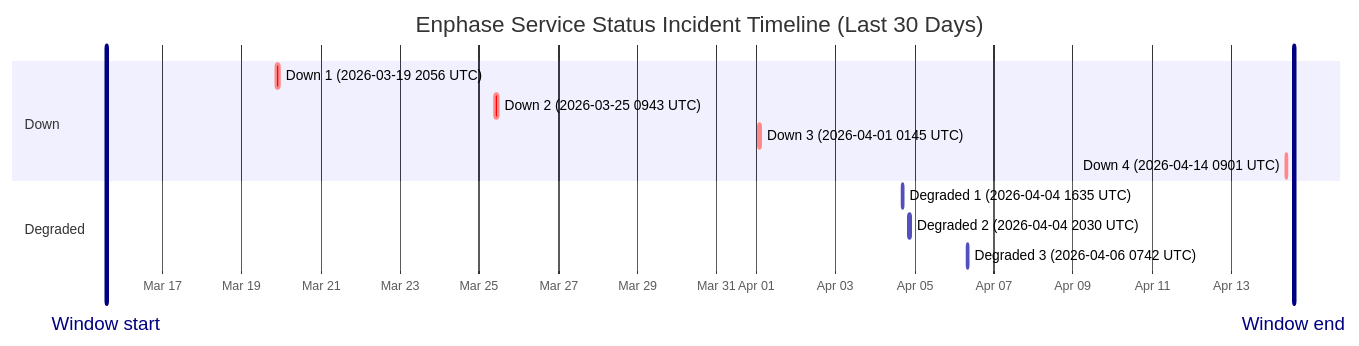
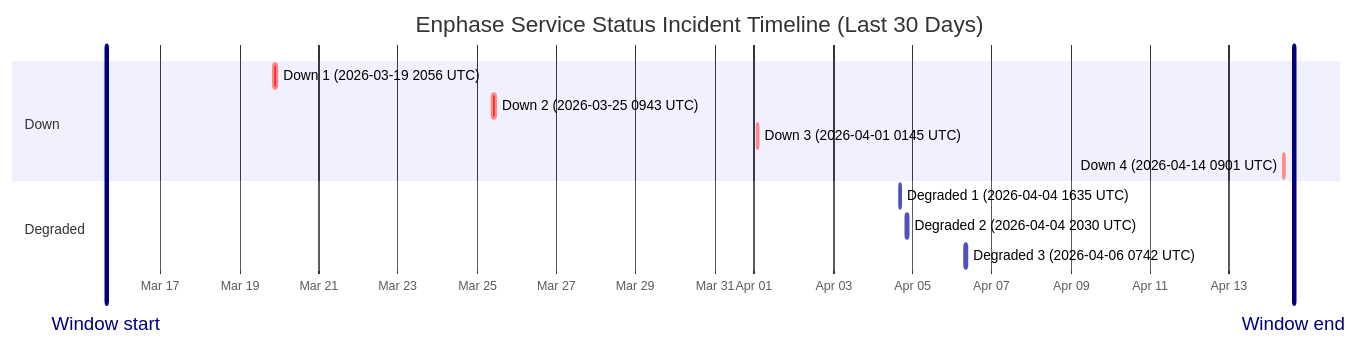
Before and after one commit to barneyonline/ha-enphase-ev-charger: the diagram in wiki/Service-Status-History.md, drawn with Mermaid. The commit also changed other lines of this file and 3 other files, not shown here.

````diff
--- a/wiki/Service-Status-History.md
+++ b/wiki/Service-Status-History.md
@@ -14,17 +14,17 @@
 ```mermaid
 gantt
     title Enphase Service Status Incident Timeline (Last 30 Days)
     dateFormat  YYYY-MM-DDTHH:mm:ss
     axisFormat  %b %d
-    Window start :vert, window-start, 2026-03-15T13:47:46, 0ms
-    Window end :vert, window-end, 2026-04-14T13:47:46, 0ms
+    Window start :vert, window-start, 2026-03-15T15:12:54, 0ms
+    Window end :vert, window-end, 2026-04-14T15:12:54, 0ms
     section Down
     Down 1 (2026-03-19 2056 UTC) :crit, down-1, 2026-03-19T20:56:20, 145m
     Down 2 (2026-03-25 0943 UTC) :crit, down-2, 2026-03-25T09:43:28, 111m
     Down 3 (2026-04-01 0145 UTC) :crit, down-3, 2026-04-01T01:45:09, 60m
     Down 4 (2026-04-14 0901 UTC) :crit, down-4, 2026-04-14T09:01:13, 60m
     section Degraded
     Degraded 1 (2026-04-04 1635 UTC) :active, degraded-1, 2026-04-04T16:35:17, 60m
     Degraded 2 (2026-04-04 2030 UTC) :active, degraded-2, 2026-04-04T20:30:40, 60m
     Degraded 3 (2026-04-06 0742 UTC) :active, degraded-3, 2026-04-06T07:42:09, 85m
 ```
````
